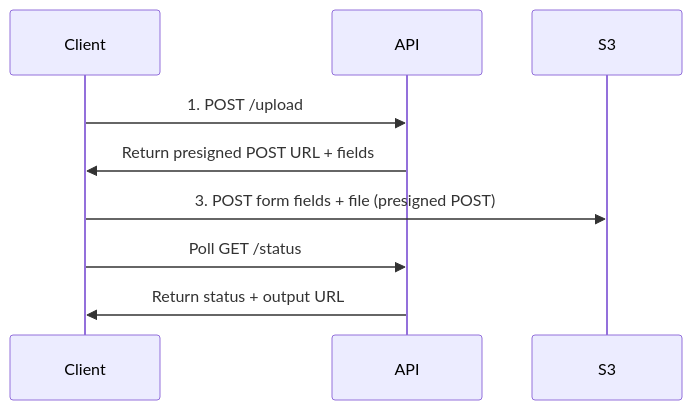
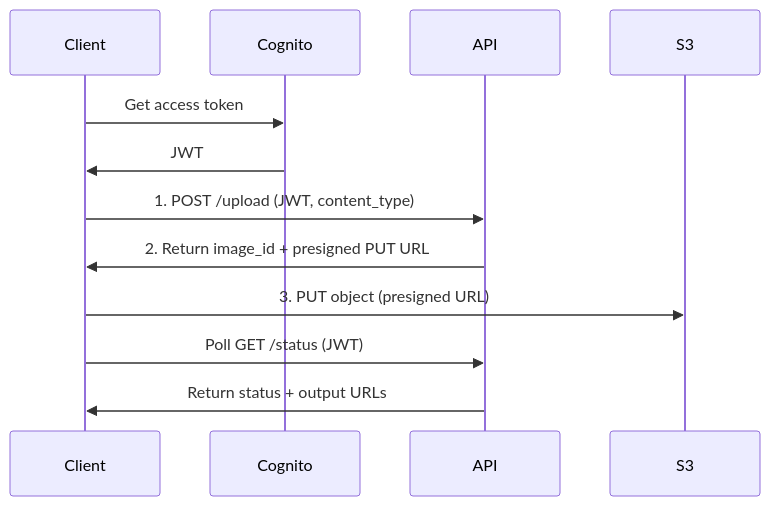
One commit to Valken/image-processor changed the second of 2 diagrams in docs/design.md. Above: the diagram before and after it, drawn with Mermaid. The commit also changed other lines of this file, not shown here.

First line of the commit message:
docs: Switch uploads to presigned PUT and add Cognito auth

````diff
--- a/docs/design.md
+++ b/docs/design.md
@@ -165,16 +202,19 @@
 ```mermaid
 sequenceDiagram
     participant Client
+    participant Cognito
     participant API
     participant S3
 
+    Client->>Cognito: Get access token
+    Cognito->>Client: JWT
 
-    Client->>API: 1. POST /upload
-    API->>Client: Return presigned POST URL + fields
+    Client->>API: 1. POST /upload (JWT, content_type)
+    API->>Client: 2. Return image_id + presigned PUT URL
 
-    Client->>S3: 3. POST form fields + file (presigned POST)
+    Client->>S3: 3. PUT object (presigned URL)
 
-    Client->>API: Poll GET /status
-    API->>Client: Return status + output URL
+    Client->>API: Poll GET /status (JWT)
+    API->>Client: Return status + output URLs
 
 ```
````
